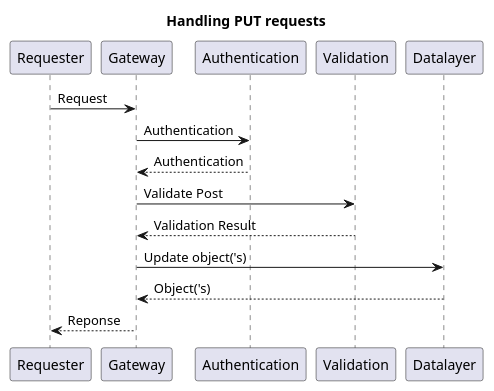
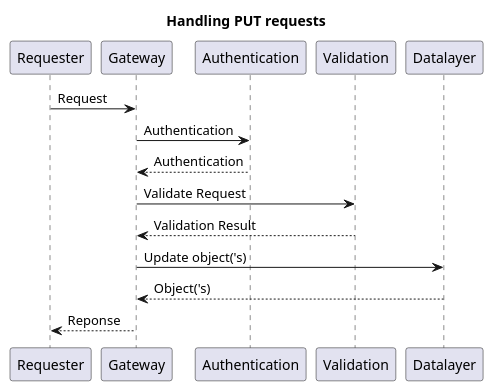
The diagram in docs/features/request_put.puml (CommonGateway/CoreBundle), drawn with PlantUML before and after one commit. The commit also changed 3 other files, not shown here.

```diff
--- a/docs/features/request_put.puml
+++ b/docs/features/request_put.puml
@@ -1,11 +1,11 @@
 @startuml
 title: Handling PUT requests
 Requester -> Gateway: Request
 Gateway -> Authentication  : Authentication
 Authentication --> Gateway  : Authentication
-Gateway -> Validation : Validate Post
+Gateway -> Validation : Validate Request
 Validation --> Gateway : Validation Result
 Gateway -> Datalayer: Update object('s)
 Datalayer --> Gateway : Object('s)
 Gateway --> Requester: Reponse
 @enduml
```
